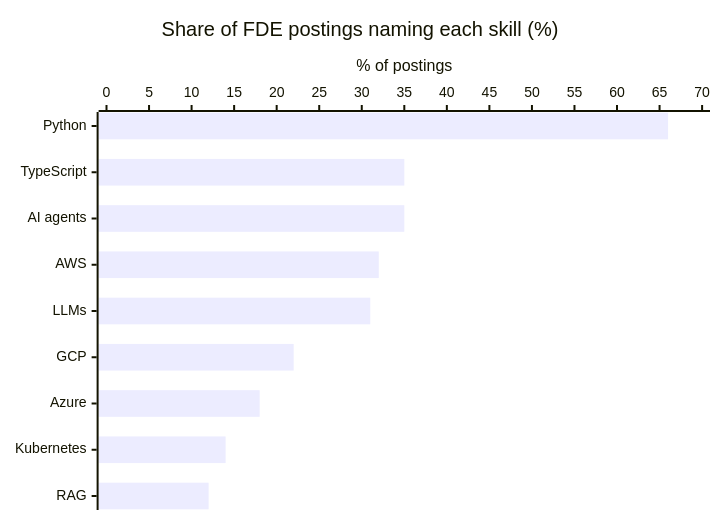
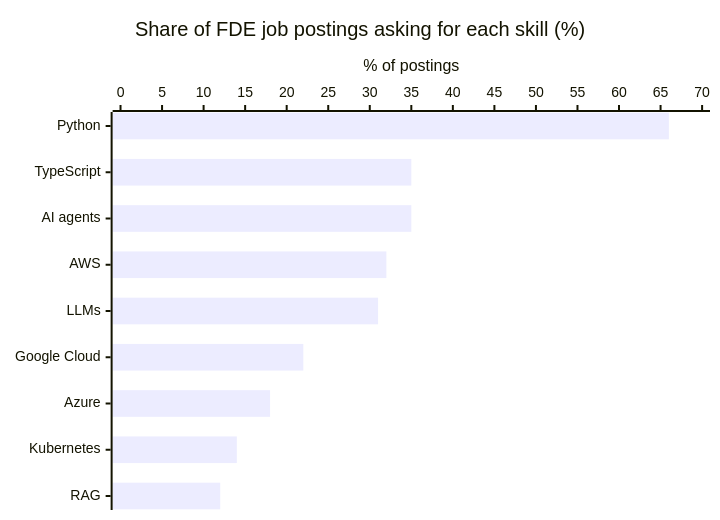
Before and after one commit to mjtpena/awesome-microsoft-fde: the sixth of 10 diagrams in README.md, drawn with Mermaid. The commit also changed other lines of this file and 5 other files, not shown here.

````diff
--- a/README.md
+++ b/README.md
@@ -132,7 +163,7 @@
 ```mermaid
 xychart-beta horizontal
-    title "Share of FDE postings naming each skill (%)"
-    x-axis ["Python", "TypeScript", "AI agents", "AWS", "LLMs", "GCP", "Azure", "Kubernetes", "RAG"]
+    title "Share of FDE job postings asking for each skill (%)"
+    x-axis ["Python", "TypeScript", "AI agents", "AWS", "LLMs", "Google Cloud", "Azure", "Kubernetes", "RAG"]
     y-axis "% of postings" 0 --> 70
     bar [66, 35, 35, 32, 31, 22, 18, 14, 12]
 ```
````
